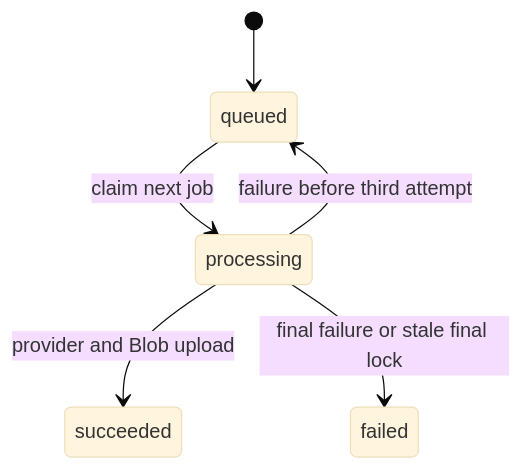
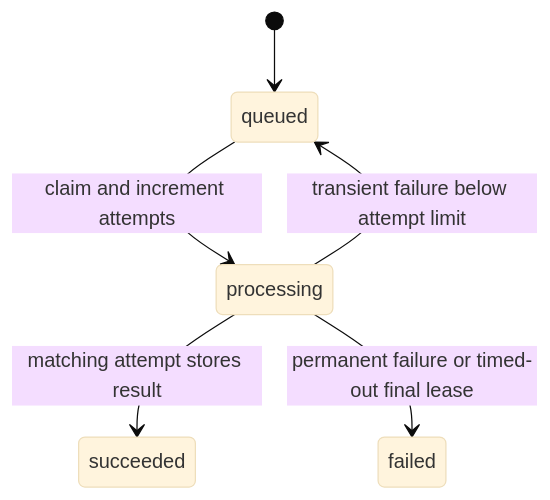
Before and after one commit to tony30552001/Genpic-master: the second of 2 diagrams in openwiki/backend/ai-generation.md, drawn with Mermaid (base theme). The commit also changed other lines of this file and 89 other files, not shown here.

````diff
--- a/openwiki/backend/ai-generation.md
+++ b/openwiki/backend/ai-generation.md
@@ -114,8 +116,8 @@
 ```mermaid
 stateDiagram-v2
   [*] --> queued
-  queued --> processing: claim next job
-  processing --> succeeded: provider and Blob upload
-  processing --> queued: failure before third attempt
-  processing --> failed: final failure or stale final lock
+  queued --> processing: claim and increment attempts
+  processing --> succeeded: matching attempt stores result
+  processing --> queued: transient failure below attempt limit
+  processing --> failed: permanent failure or timed-out final lease
 ```
````
